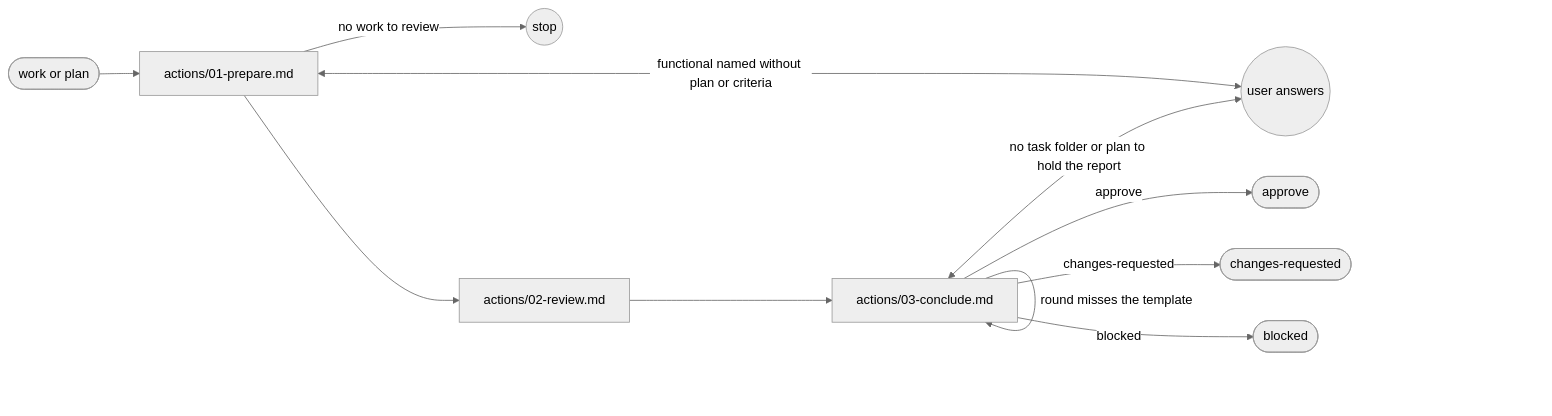
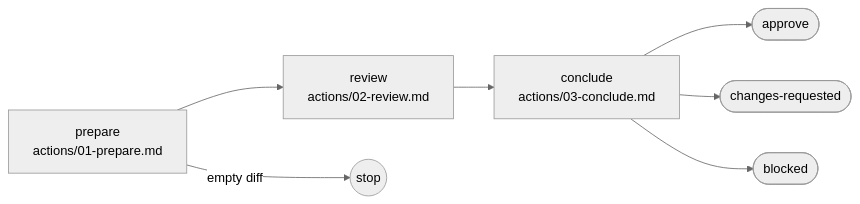
The diagram in plugins/aidd-dev/skills/05-review/SKILL.md (ai-driven-dev/framework), drawn with Mermaid (neutral theme) before and after one commit. The commit also changed other lines of this file and 22 other files, not shown here.

````diff
--- a/plugins/aidd-dev/skills/05-review/SKILL.md
+++ b/plugins/aidd-dev/skills/05-review/SKILL.md
@@ -9,13 +11,9 @@
 ```mermaid
 flowchart LR
-  entry([work or plan]) --> prepare["actions/01-prepare.md"]
-  prepare -->|"no work to review"| stop((stop))
-  prepare <-->|"functional named without plan or criteria"| user((user answers))
-  prepare --> review["actions/02-review.md"]
-  review --> conclude["actions/03-conclude.md"]
-  conclude <-->|"no task folder or plan to hold the report"| user
-  conclude -->|"round misses the template"| conclude
-  conclude -->|"approve"| approve([approve])
-  conclude -->|"changes-requested"| changes([changes-requested])
-  conclude -->|"blocked"| blocked([blocked])
+  prepare["prepare<br>actions/01-prepare.md"] --> review["review<br>actions/02-review.md"]
+  review --> conclude["conclude<br>actions/03-conclude.md"]
+  prepare -->|"empty diff"| stop((stop))
+  conclude --> approve([approve])
+  conclude --> changes([changes-requested])
+  conclude --> blocked([blocked])
 ```
````
